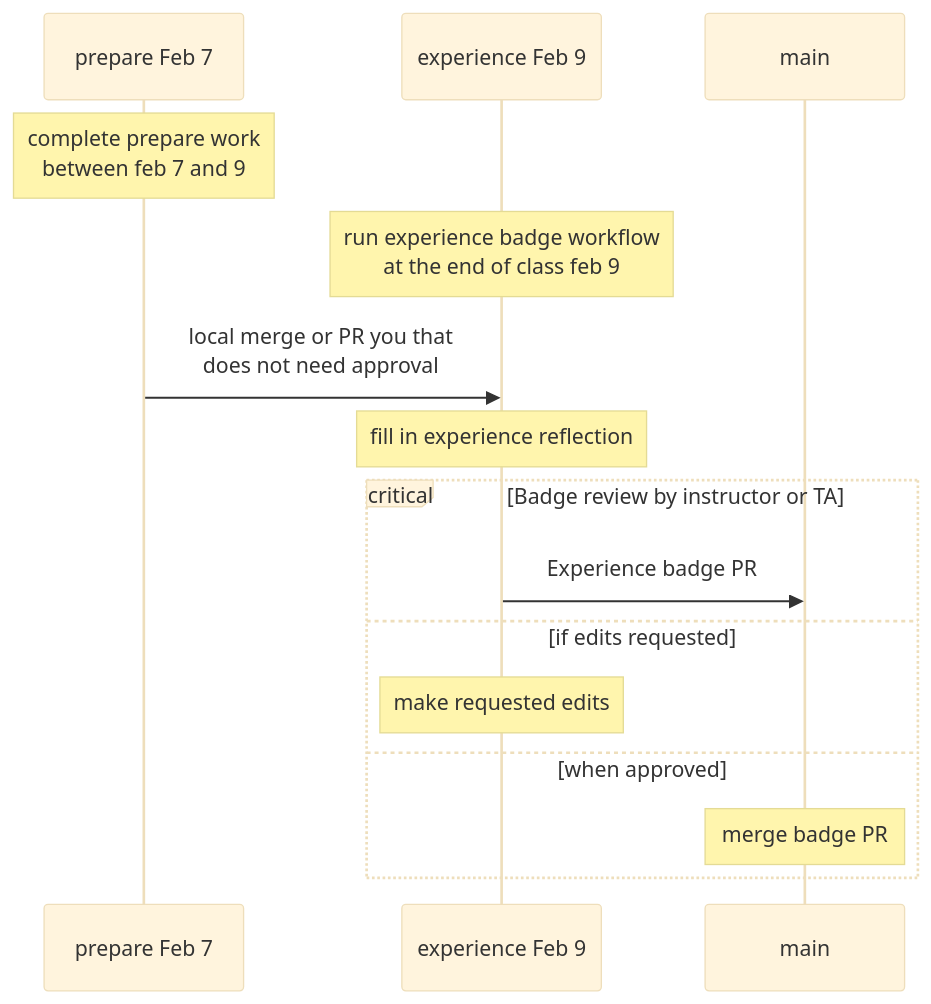
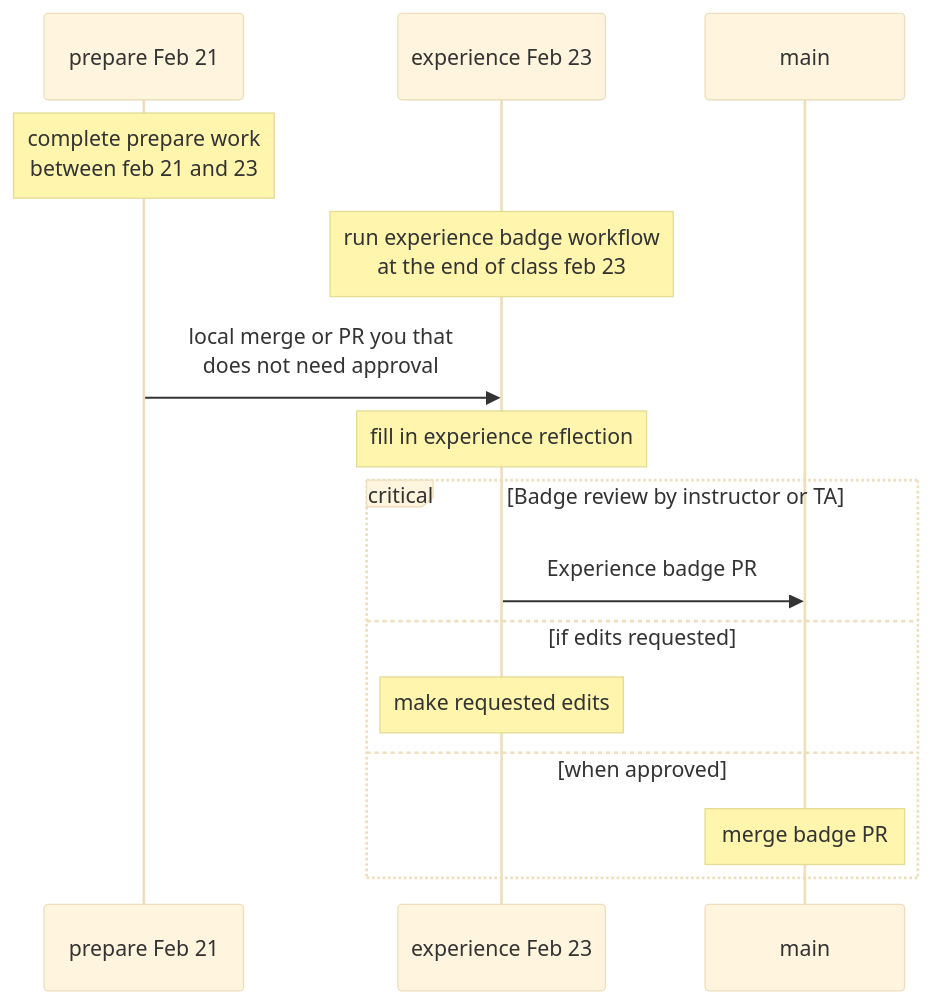
Before and after one commit to introcompsys/spring2023: the first of 6 diagrams in syllabus/badges.md, drawn with Mermaid (base theme). The commit also changed other lines of this file, not shown here.

Commit message:
add git diagram to prepare/exp"

````diff
--- a/syllabus/badges.md
+++ b/syllabus/badges.md
@@ -183,17 +183,17 @@
 ```{mermaid}
 sequenceDiagram
-    participant P as prepare Feb 7
-    participant E as experience Feb 9
+    participant P as prepare Feb 21
+    participant E as experience Feb 23
     participant M as main 
-    note over P: complete prepare work<br/> between feb 7 and 9
-    note over E: run experience badge workflow <br/> at the end of class feb 9
+    note over P: complete prepare work<br/> between feb 21 and 23
+    note over E: run experience badge workflow <br/> at the end of class feb 23
     P ->> E: local merge or PR you that <br/> does not need approval
     note over E: fill in experience reflection 
     critical Badge review by instructor or TA
         E ->> M: Experience badge PR
     option if edits requested
         note over E: make requested edits
     option when approved 
         note over M: merge badge PR
     end
 ```
````
